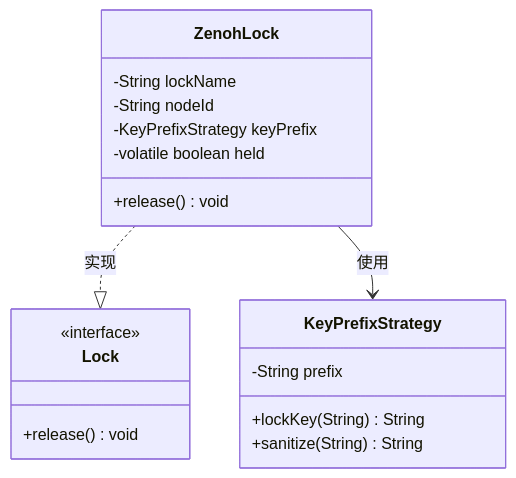
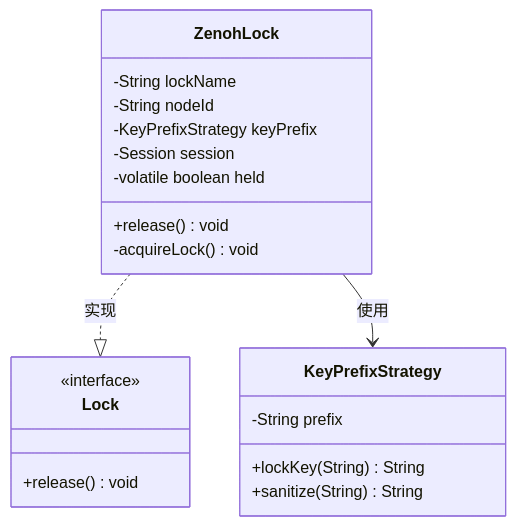
Before and after one commit to ossworker/vertx-starter: the fourth of 19 diagrams in .qoder/repowiki/zh/content/分布式功能实现.md, drawn with Mermaid. The commit also changed other lines of this file and 7 other files, not shown here.

````diff
--- a/.qoder/repowiki/zh/content/分布式功能实现.md
+++ b/.qoder/repowiki/zh/content/分布式功能实现.md
@@ -171,21 +211,23 @@
 ```mermaid
 classDiagram
 class ZenohLock {
 -String lockName
 -String nodeId
 -KeyPrefixStrategy keyPrefix
+-Session session
 -volatile boolean held
 +release() void
+-acquireLock() void
 }
 class Lock {
 <<interface>>
 +release() void
 }
 class KeyPrefixStrategy {
 -String prefix
 +lockKey(String) String
 +sanitize(String) String
 }
 ZenohLock ..|> Lock : 实现
 ZenohLock --> KeyPrefixStrategy : 使用
 ```
````
